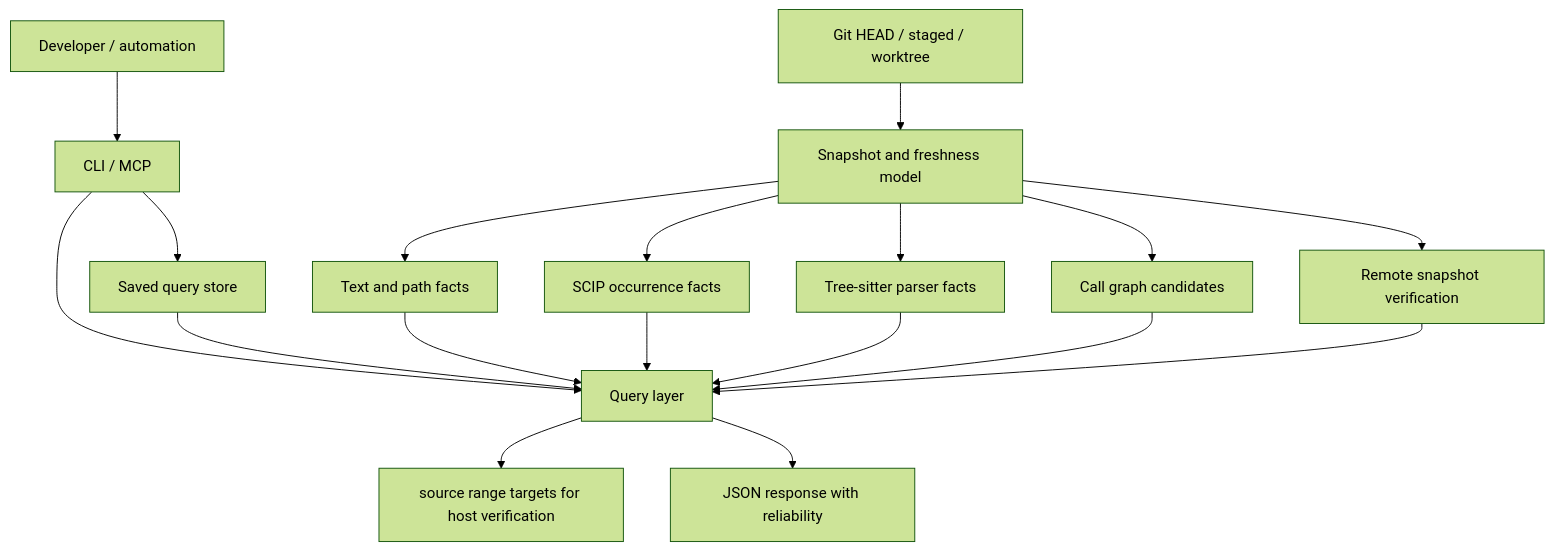
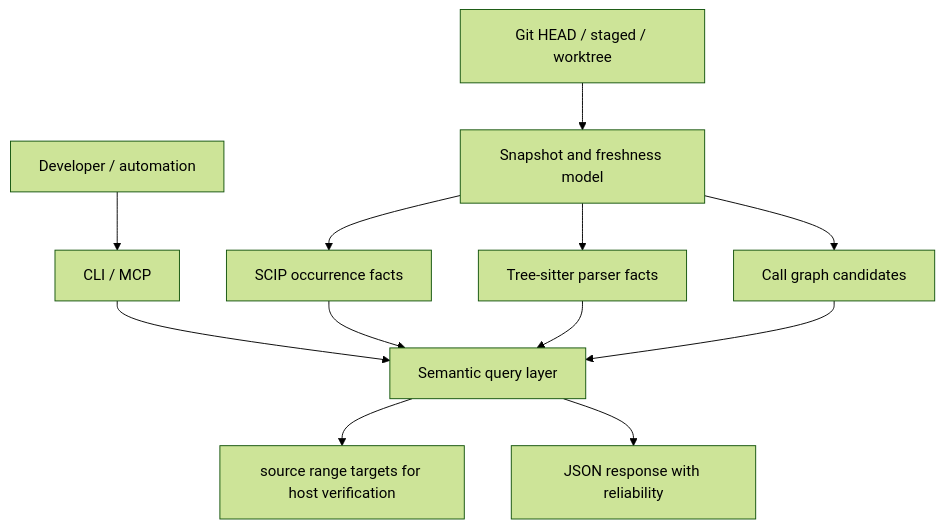
One commit to mars167/CodeTrail changed the second of 2 diagrams in docs/00-design-summary.md. Above: the diagram before and after it, drawn with Mermaid (forest theme). The commit also changed other lines of this file and 29 other files, not shown here.

````diff
--- a/docs/00-design-summary.md
+++ b/docs/00-design-summary.md
@@ -48,23 +48,17 @@
 ```mermaid
 flowchart TB
   Actor["Developer / automation"] --> Entry["CLI / MCP"]
-  Entry --> Query["Query layer"]
-  Entry --> Saved["Saved query store"]
+  Entry --> Query["Semantic query layer"]
 
   Git["Git HEAD / staged / worktree"] --> Snapshot["Snapshot and freshness model"]
-  Snapshot --> Text["Text and path facts"]
   Snapshot --> Scip["SCIP occurrence facts"]
   Snapshot --> Parser["Tree-sitter parser facts"]
   Snapshot --> Graph["Call graph candidates"]
-  Snapshot --> Remote["Remote snapshot verification"]
 
-  Text --> Query
   Scip --> Query
   Parser --> Query
   Graph --> Query
-  Remote --> Query
-  Saved --> Query
 
   Query --> VerifyRange["source range targets for host verification"]
   Query --> Json["JSON response with reliability"]
 ```
````
